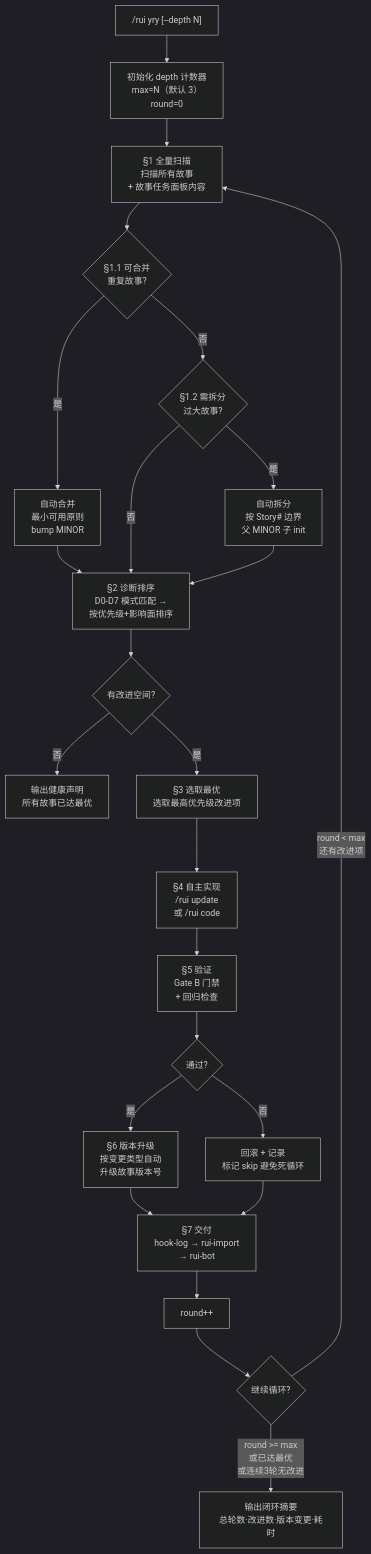
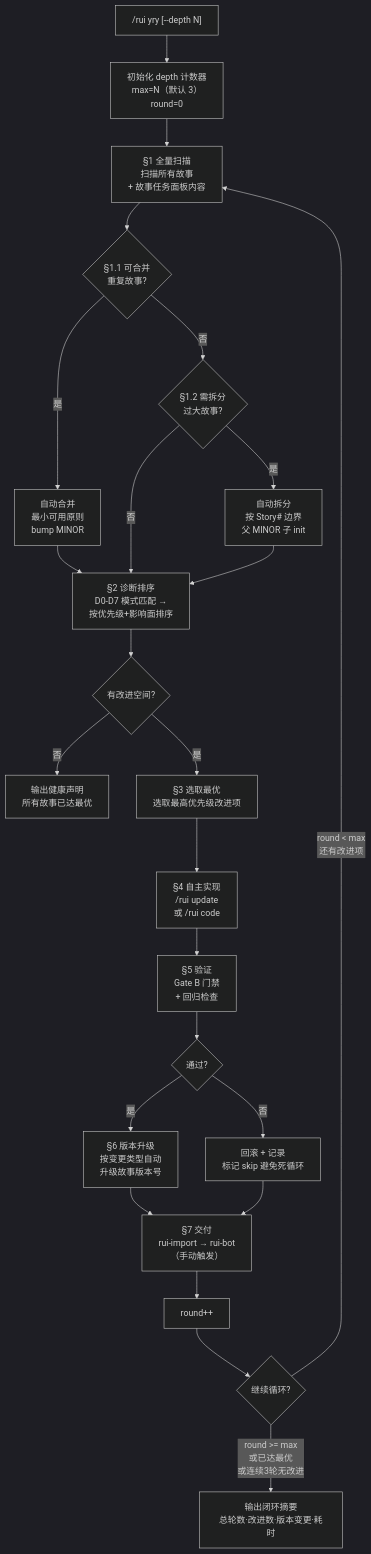
Before and after one commit to effiy/YrY: the ninth of 16 diagrams in skills/rui/SKILL.md, drawn with Mermaid (dark theme). The commit also changed other lines of this file and 37 other files, not shown here.

````diff
--- a/skills/rui/SKILL.md
+++ b/skills/rui/SKILL.md
@@ -544,27 +531,27 @@
 ```mermaid
 flowchart TD
     START["/rui yry [--depth N]"]:::entry --> INIT["初始化 depth 计数器<br/>max=N（默认 3）<br/>round=0"]:::s
     INIT --> SCAN["§1 全量扫描<br/>扫描所有故事<br/>+ 故事任务面板内容"]:::s
     SCAN --> MERGE_CHECK{"§1.1 可合并<br/>重复故事?"}
     MERGE_CHECK -->|"是"| AUTO_MERGE["自动合并<br/>最小可用原则<br/>bump MINOR"]:::op
     MERGE_CHECK -->|"否"| SPLIT_CHECK{"§1.2 需拆分<br/>过大故事?"}
     SPLIT_CHECK -->|"是"| AUTO_SPLIT["自动拆分<br/>按 Story# 边界<br/>父 MINOR 子 init"]:::op
     AUTO_MERGE --> DIAG
     SPLIT_CHECK -->|"否"| DIAG["§2 诊断排序<br/>D0-D7 模式匹配 →<br/>按优先级+影响面排序"]:::s
     AUTO_SPLIT --> DIAG
     DIAG --> CHECK{"有改进空间?"}
     CHECK -->|"否"| DONE["输出健康声明<br/>所有故事已达最优"]:::out
     CHECK -->|"是"| PICK["§3 选取最优<br/>选取最高优先级改进项"]:::s
     PICK --> IMPL["§4 自主实现<br/>/rui update <name><br/>或 /rui code <name>"]:::s
     IMPL --> VERIFY["§5 验证<br/>Gate B 门禁<br/>+ 回归检查"]:::s
     VERIFY --> VER{"通过?"}
     VER -->|"是"| BUMP["§6 版本升级<br/>按变更类型自动<br/>升级故事版本号"]:::s
     VER -->|"否"| ROLLBACK["回滚 + 记录<br/>标记 skip 避免死循环"]:::s
-    BUMP --> DELIVER["§7 交付<br/>hook-log → rui-import<br/>→ rui-bot"]:::s
+    BUMP --> DELIVER["§7 交付<br/>rui-import → rui-bot<br/>（手动触发）"]:::s
     ROLLBACK --> DELIVER
     DELIVER --> INC["round++"]:::s
     INC --> LOOP{"继续循环?"}
     LOOP -->|"round < max<br/>还有改进项"| SCAN
     LOOP -->|"round >= max<br/>或已达最优<br/>或连续3轮无改进"| END["输出闭环摘要<br/>总轮数·改进数·版本变更·耗时"]:::out
 
 ```
````
